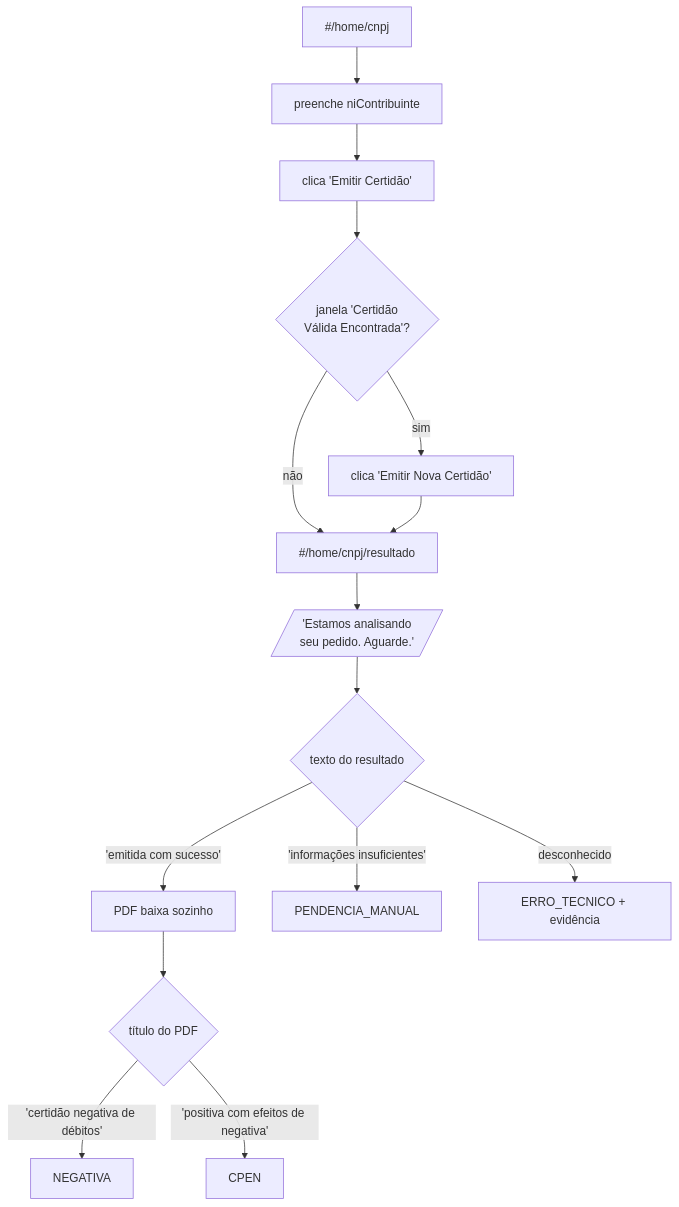
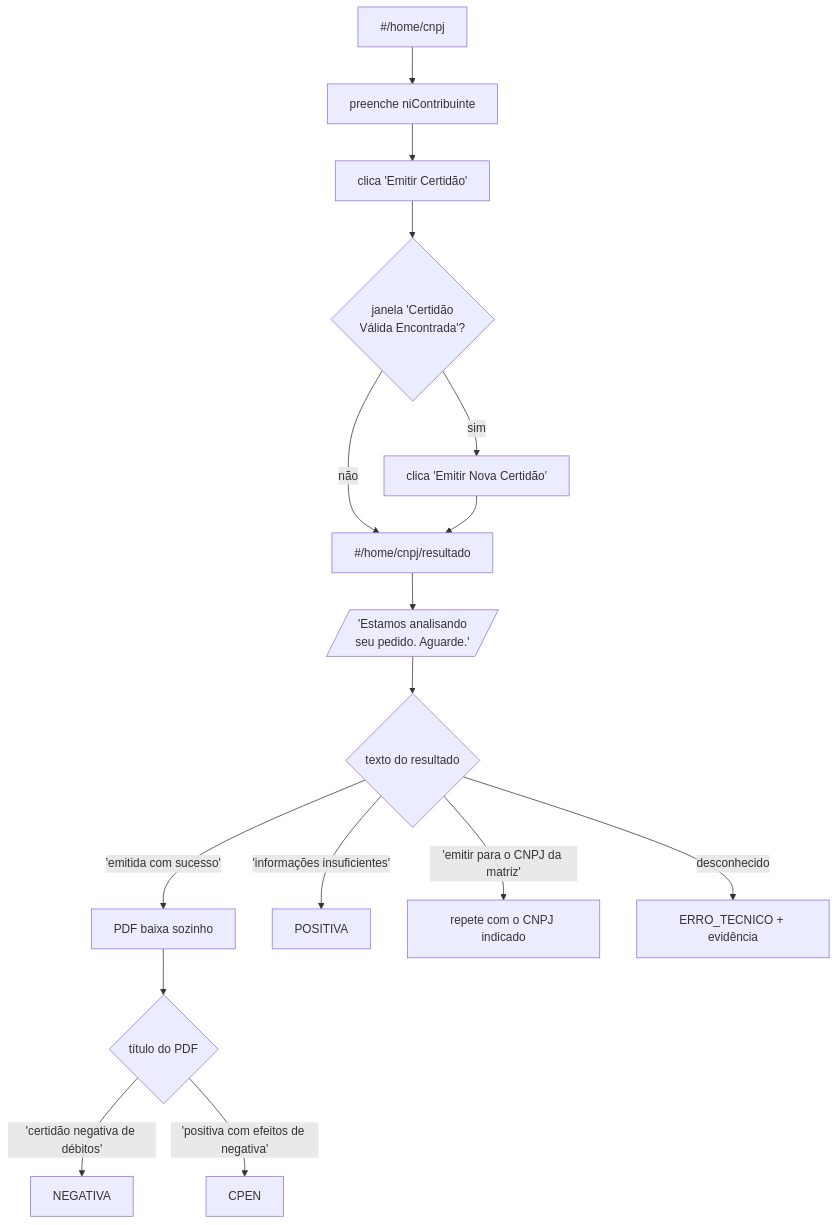
Before and after one commit to tiagoversianemapah/acta: the diagram in docs/fluxos/rfb-pj.md, drawn with Mermaid. The commit also changed other lines of this file and 32 other files, not shown here.

````diff
--- a/docs/fluxos/rfb-pj.md
+++ b/docs/fluxos/rfb-pj.md
@@ -20,17 +20,18 @@
 ```mermaid
 flowchart TD
     A[#/home/cnpj] --> B[preenche niContribuinte]
     B --> C[clica 'Emitir Certidão']
     C --> D{janela 'Certidão<br/>Válida Encontrada'?}
     D -->|sim| E[clica 'Emitir Nova Certidão']
     D -->|não| F
     E --> F[#/home/cnpj/resultado]
     F --> G[/'Estamos analisando<br/>seu pedido. Aguarde.'/]
     G --> H{texto do resultado}
     H -->|'emitida com sucesso'| I[PDF baixa sozinho]
-    H -->|'informações insuficientes'| J[PENDENCIA_MANUAL]
+    H -->|'informações insuficientes'| J[POSITIVA]
+    H -->|'emitir para o CNPJ da matriz'| P[repete com o CNPJ indicado]
     H -->|desconhecido| K[ERRO_TECNICO + evidência]
     I --> L{título do PDF}
     L -->|'certidão negativa de débitos'| M[NEGATIVA]
     L -->|'positiva com efeitos de negativa'| N[CPEN]
 ```
````
